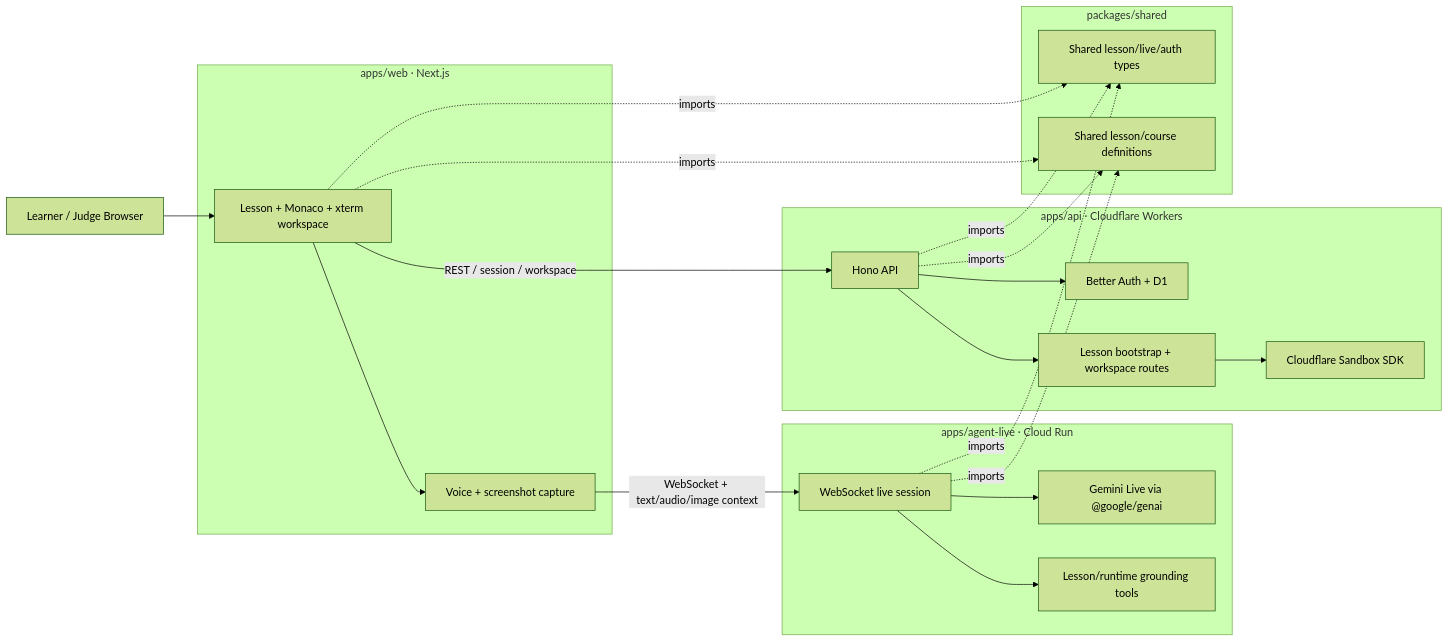
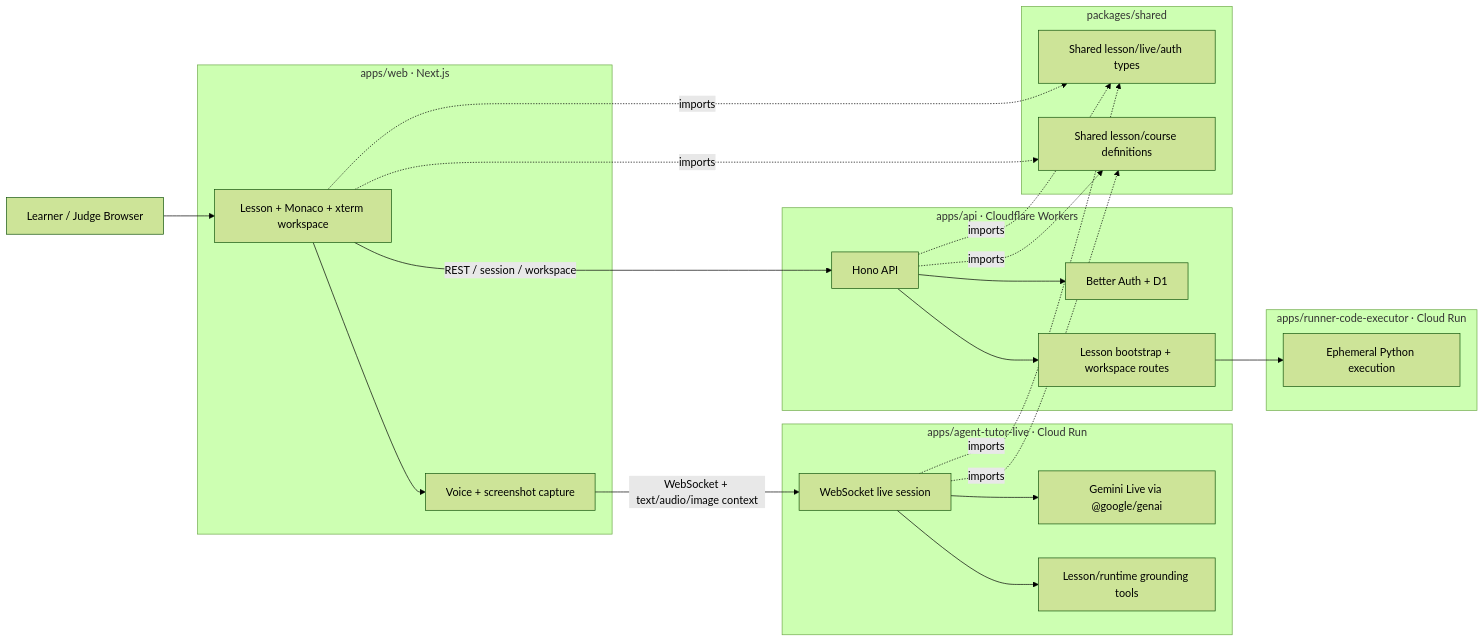
One commit to njabyulo/gemini-live-agent changed the diagram in docs/challenge/architechure.md. Above: the diagram before and after it, drawn with Mermaid (forest theme). The commit also changed other lines of this file and 15 other files, not shown here.

Commit message:
chore(infra): align production config with gemini-live-agent

````diff
--- a/docs/challenge/architechure.md
+++ b/docs/challenge/architechure.md
@@ -17,46 +18,49 @@
 ```mermaid
 flowchart LR
     U[Learner / Judge Browser]
 
     subgraph Web["apps/web · Next.js"]
       UI[Lesson + Monaco + xterm workspace]
       VC[Voice + screenshot capture]
     end
 
-    subgraph Agent["apps/agent-live · Cloud Run"]
+    subgraph Agent["apps/agent-tutor-live · Cloud Run"]
       WS[WebSocket live session]
       GL[Gemini Live via @google/genai]
       TOOLS[Lesson/runtime grounding tools]
+    end
+
+    subgraph Runner["apps/runner-code-executor · Cloud Run"]
+      EXEC[Ephemeral Python execution]
     end
 
     subgraph API["apps/api · Cloudflare Workers"]
       HONO[Hono API]
       AUTH[Better Auth + D1]
       WORKSPACE[Lesson bootstrap + workspace routes]
-      SANDBOX[Cloudflare Sandbox SDK]
     end
 
     subgraph Shared["packages/shared"]
       TYPES[Shared lesson/live/auth types]
       CONSTS[Shared lesson/course definitions]
     end
 
     U --> UI
     UI --> VC
 
     UI -->|REST / session / workspace| HONO
     HONO --> AUTH
     HONO --> WORKSPACE
-    WORKSPACE --> SANDBOX
+    WORKSPACE --> EXEC
 
     VC -->|WebSocket + text/audio/image context| WS
     WS --> TOOLS
     WS --> GL
 
     UI -. imports .-> TYPES
     UI -. imports .-> CONSTS
     HONO -. imports .-> TYPES
     HONO -. imports .-> CONSTS
     WS -. imports .-> TYPES
     WS -. imports .-> CONSTS
 ```
````
